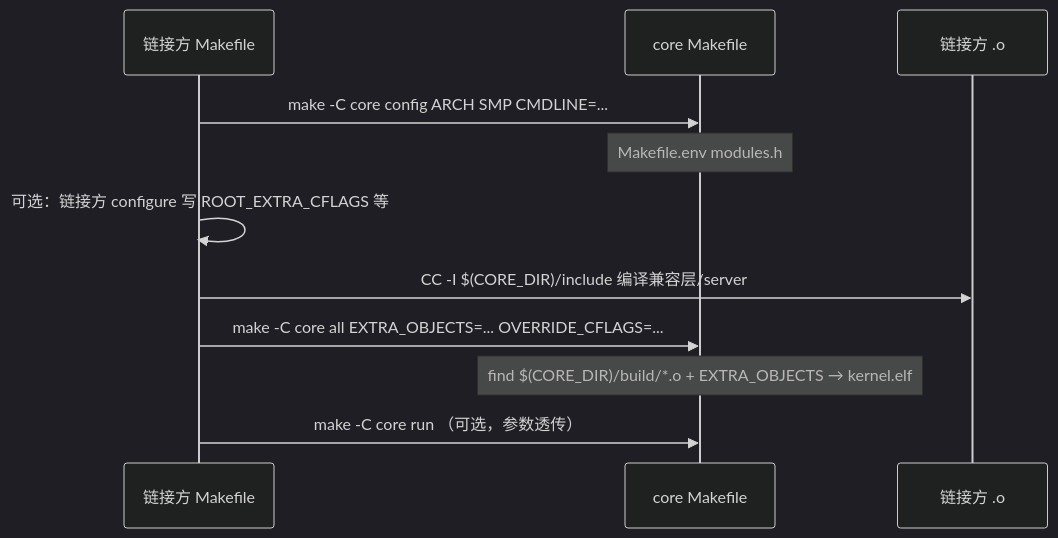
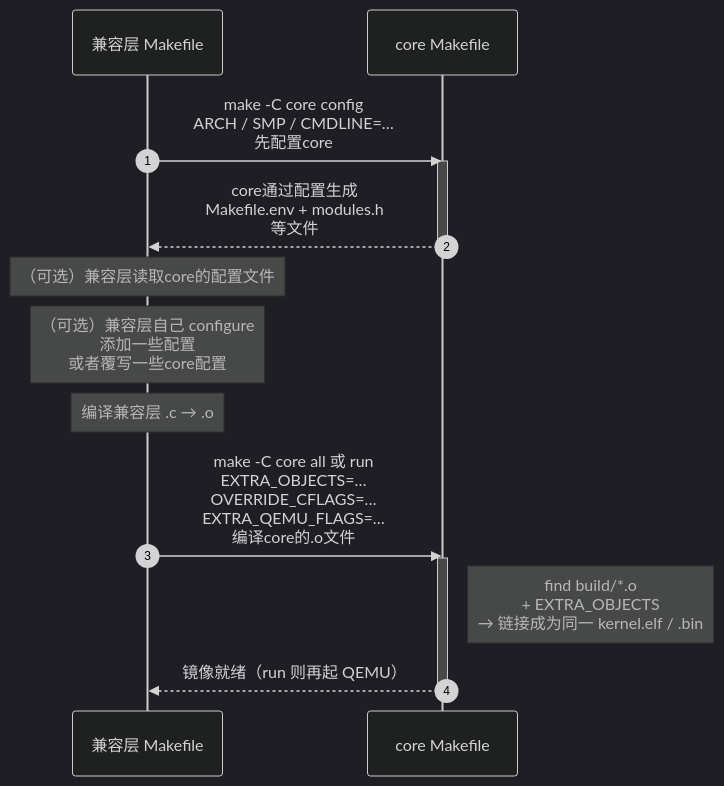
Before and after one commit to ZhiyuanSue/RendezvOS: the second of 2 diagrams in docs/v0.1/full/00-总览/构建与链接.md, drawn with Mermaid (dark theme). The commit also changed other lines of this file and 1 other file, not shown here.

Commit message:
finish the build docs review

````diff
--- a/docs/v0.1/full/00-总览/构建与链接.md
+++ b/docs/v0.1/full/00-总览/构建与链接.md
@@ -266,14 +270,21 @@
 ```mermaid
 sequenceDiagram
-  participant L as 链接方 Makefile
+  autonumber
+  participant L as 兼容层 Makefile
   participant C as core Makefile
-  participant O as 链接方 .o
 
-  L->>C: make -C core config ARCH SMP CMDLINE=...
-  Note over C: Makefile.env modules.h
-  L->>L: 可选：链接方 configure 写 ROOT_EXTRA_CFLAGS 等
-  L->>O: CC -I $(CORE_DIR)/include 编译兼容层/server
-  L->>C: make -C core all EXTRA_OBJECTS=... OVERRIDE_CFLAGS=...
-  Note over C: find $(CORE_DIR)/build/*.o + EXTRA_OBJECTS → kernel.elf
-  L->>C: make -C core run （可选，参数透传）
+  L->>C: make -C core config<br/>ARCH / SMP / CMDLINE=…<br/>先配置core
+  activate C
+  C-->>L: core通过配置生成<br/>Makefile.env + modules.h<br/>等文件
+  deactivate C
+
+  Note over L: （可选）兼容层读取core的配置文件
+  Note over L: （可选）兼容层自己 configure<br/>添加一些配置<br/>或者覆写一些core配置
+  Note over L: 编译兼容层 .c → .o
+
+  L->>C: make -C core all 或 run<br/>EXTRA_OBJECTS=…<br/>OVERRIDE_CFLAGS=…<br/>EXTRA_QEMU_FLAGS=… <br/>编译core的.o文件
+  activate C
+  Note right of C: find build/*.o<br/>+ EXTRA_OBJECTS<br/>→ 链接成为同一 kernel.elf / .bin
+  C-->>L: 镜像就绪（run 则再起 QEMU）
+  deactivate C
 ```
````
